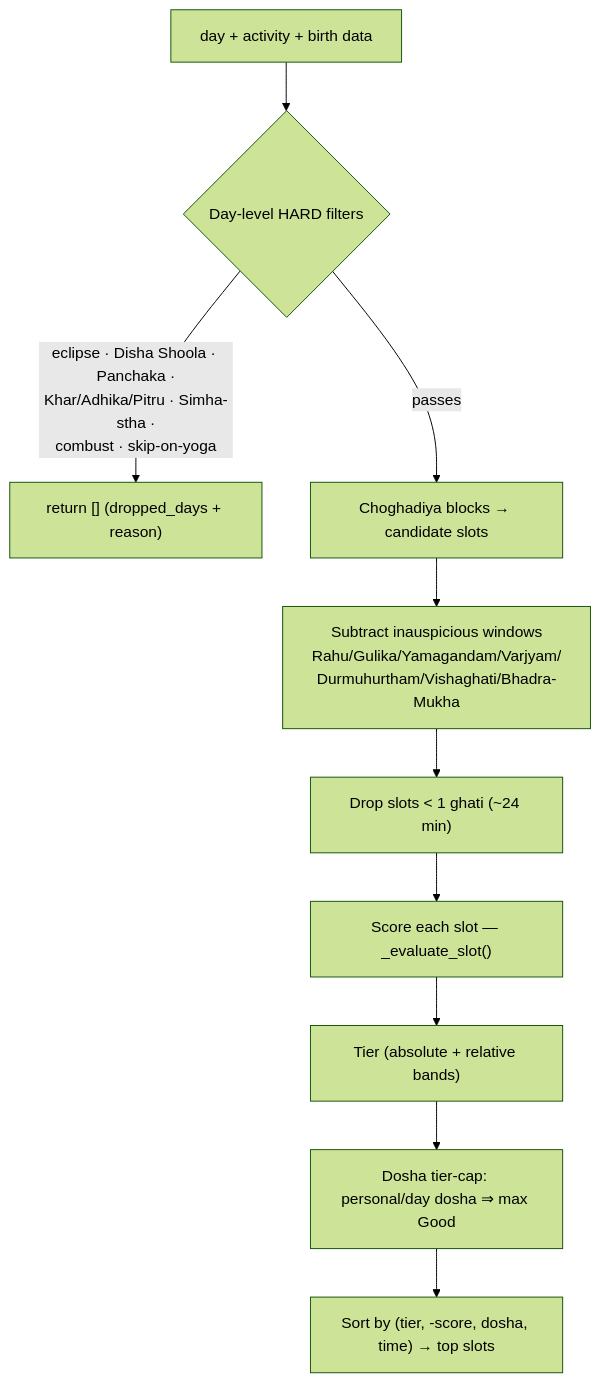
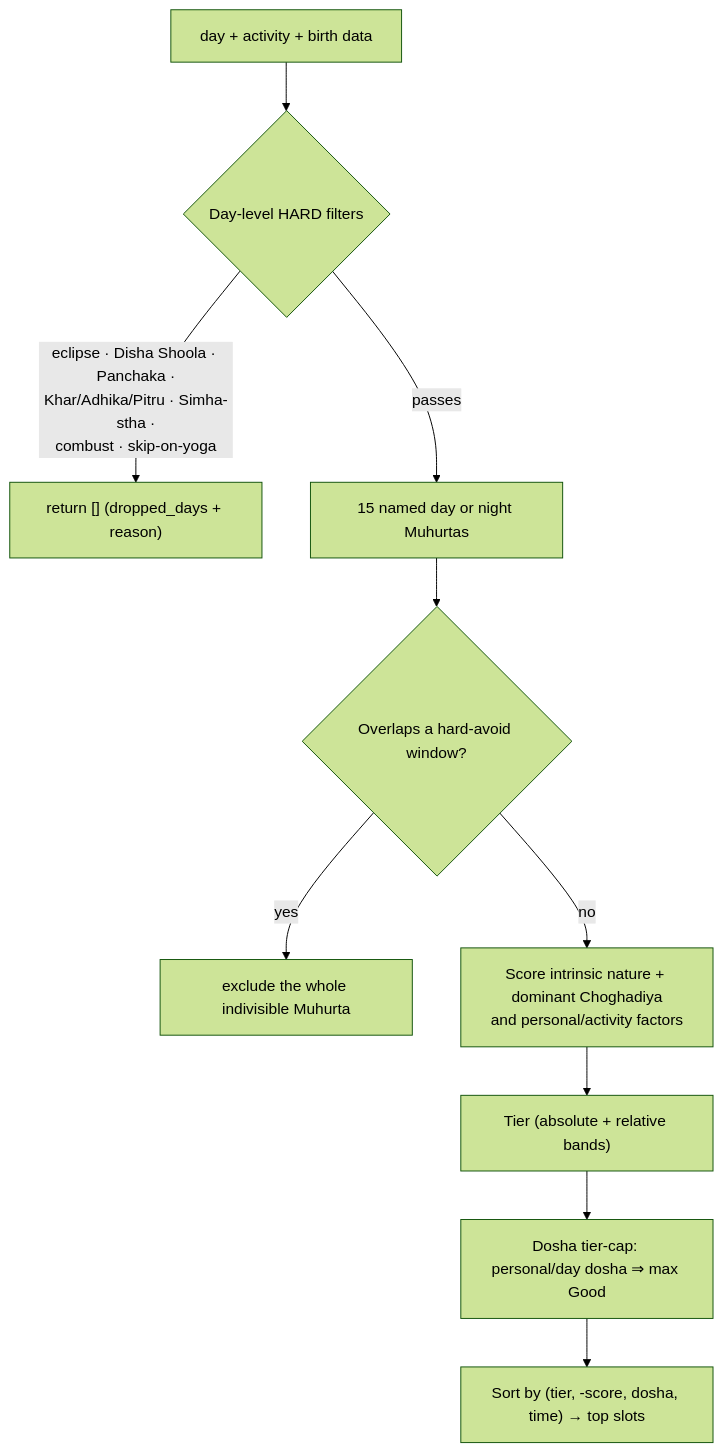
The second of 2 diagrams in docs/reference/05-data-flow-and-muhurta.md (socraticsurge/telugu-calendar-utilities), drawn with Mermaid (forest theme) before and after one commit. The commit also changed other lines of this file and 8 other files, not shown here.

````diff
--- a/docs/reference/05-data-flow-and-muhurta.md
+++ b/docs/reference/05-data-flow-and-muhurta.md
@@ -74,12 +74,12 @@
 ```mermaid
 flowchart TB
     A["day + activity + birth data"] --> B{"Day-level HARD filters"}
     B -->|"eclipse · Disha Shoola · Panchaka ·<br/>Khar/Adhika/Pitru · Simha-stha ·<br/>combust · skip-on-yoga"| X["return [] (dropped_days + reason)"]
-    B -->|"passes"| C["Choghadiya blocks → candidate slots"]
-    C --> D["Subtract inauspicious windows<br/>Rahu/Gulika/Yamagandam/Varjyam/<br/>Durmuhurtham/Vishaghati/Bhadra-Mukha"]
-    D --> E["Drop slots < 1 ghati (~24 min)"]
-    E --> F["Score each slot — _evaluate_slot()"]
+    B -->|"passes"| C["15 named day or night Muhurtas"]
+    C --> D{"Overlaps a hard-avoid window?"}
+    D -->|"yes"| X2["exclude the whole indivisible Muhurta"]
+    D -->|"no"| F["Score intrinsic nature + dominant Choghadiya<br/>and personal/activity factors"]
     F --> G["Tier (absolute + relative bands)"]
     G --> H["Dosha tier-cap: personal/day dosha ⇒ max Good"]
     H --> I["Sort by (tier, -score, dosha, time) → top slots"]
 ```
````
